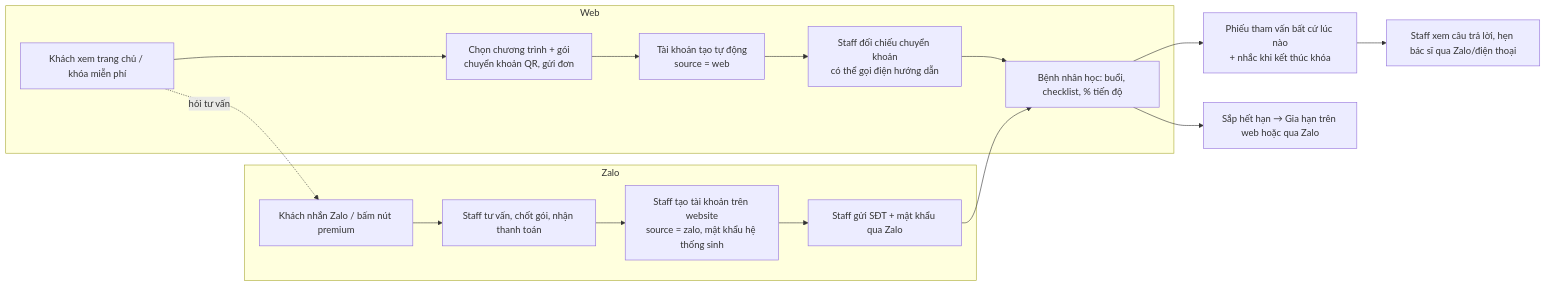
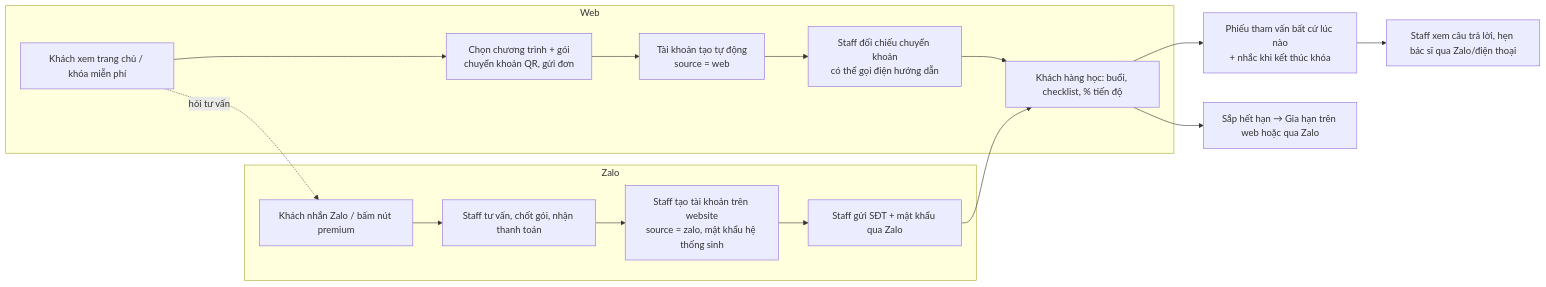
Before and after one commit to dgquan1001/course-platform: the second of 2 diagrams in web design structure/00-overview/project-overview.md, drawn with Mermaid. The commit also changed other lines of this file and 72 other files, not shown here.

First line of the commit message:
feat: gọi chung "khách hàng", tách danh mục Khách hàng / Nhân viên, thêm / sửa / xóa cả hai, gỡ Vercel (Đợt 26)

````diff
--- a/web design structure/00-overview/project-overview.md
+++ b/web design structure/00-overview/project-overview.md
@@ -136,19 +136,19 @@
 ```mermaid
 flowchart LR
   subgraph Web
     W1[Khách xem trang chủ / khóa miễn phí] --> W2[Chọn chương trình + gói<br/>chuyển khoản QR, gửi đơn]
     W2 --> W3[Tài khoản tạo tự động<br/>source = web]
     W3 --> W4[Staff đối chiếu chuyển khoản<br/>có thể gọi điện hướng dẫn]
-    W4 --> L[Bệnh nhân học: buổi, checklist, % tiến độ]
+    W4 --> L[Khách hàng học: buổi, checklist, % tiến độ]
   end
   subgraph Zalo
     Z1[Khách nhắn Zalo / bấm nút premium] --> Z2[Staff tư vấn, chốt gói, nhận thanh toán]
     Z2 --> Z3[Staff tạo tài khoản trên website<br/>source = zalo, mật khẩu hệ thống sinh]
     Z3 --> Z4[Staff gửi SĐT + mật khẩu qua Zalo]
     Z4 --> L
   end
   W1 -. hỏi tư vấn .-> Z1
   L --> C[Phiếu tham vấn bất cứ lúc nào<br/>+ nhắc khi kết thúc khóa]
   C --> S[Staff xem câu trả lời, hẹn bác sĩ qua Zalo/điện thoại]
   L --> R[Sắp hết hạn → Gia hạn trên web hoặc qua Zalo]
 ```
````
